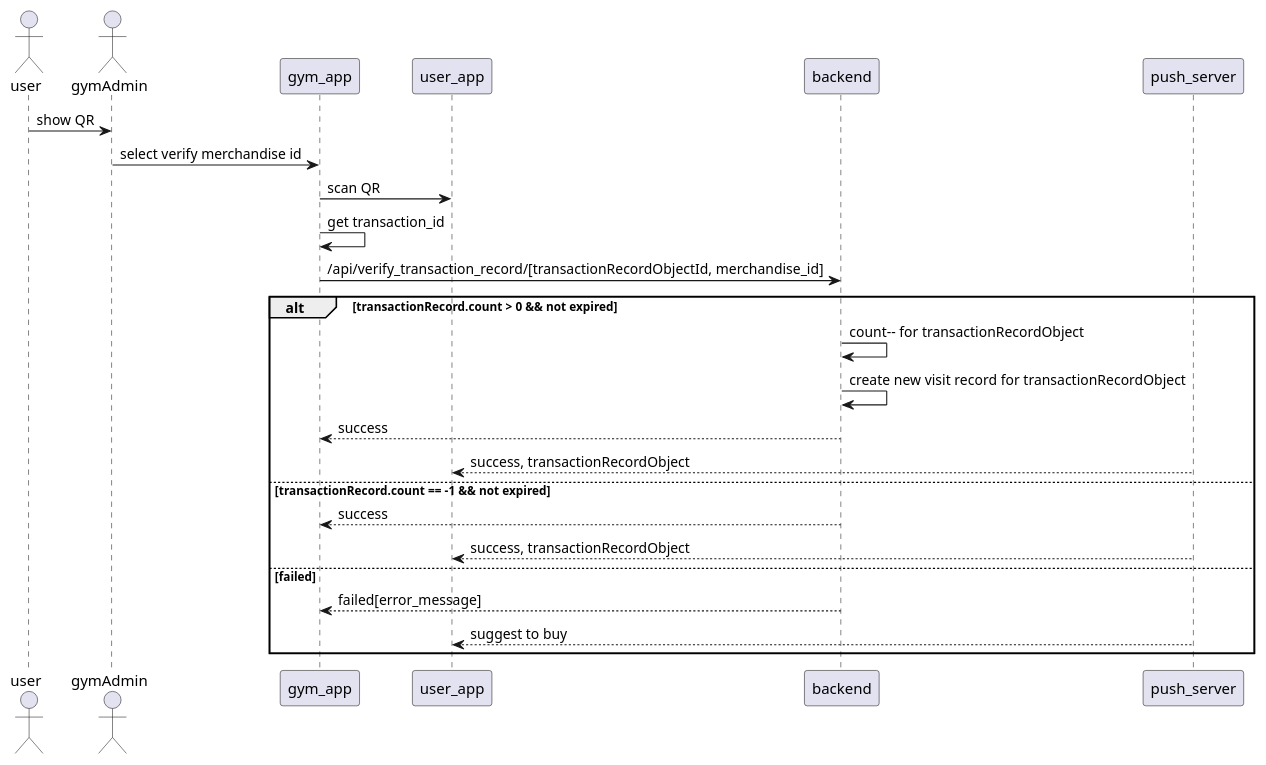
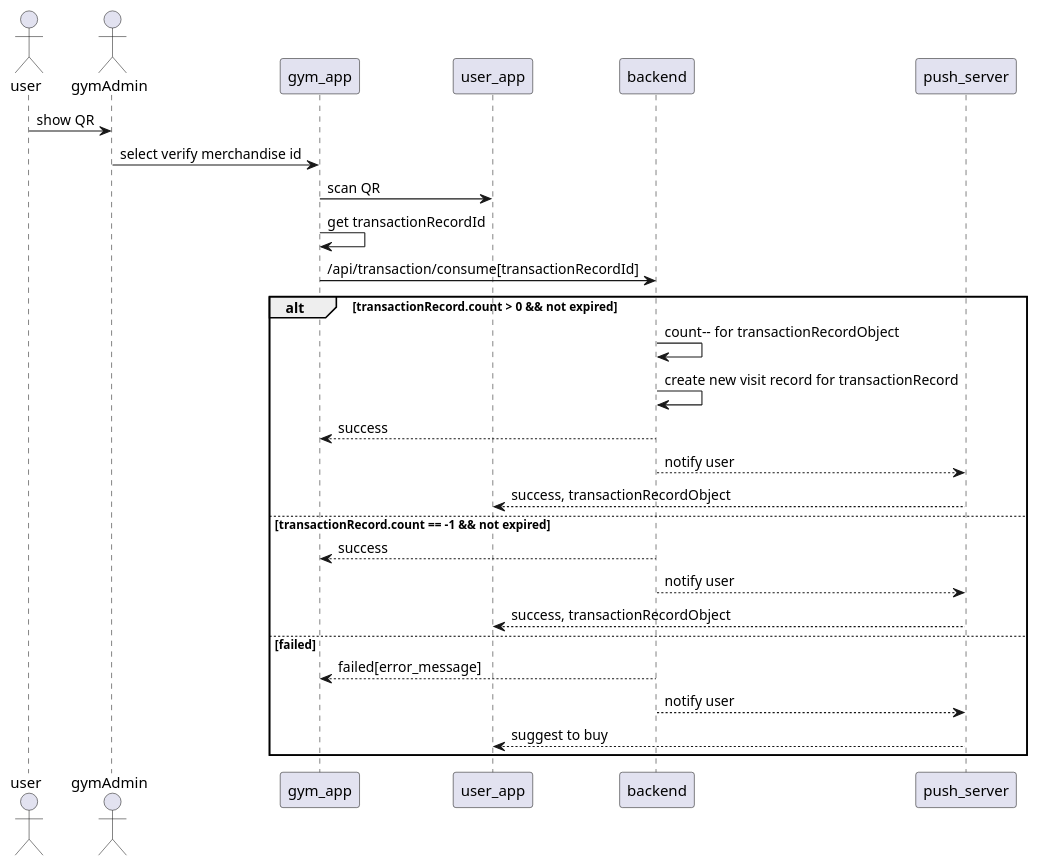
One commit to zi-yang-zhang/tnt-backend changed the diagram in verifyQR.puml. Above: the diagram before and after it, drawn with PlantUML. The commit also changed 5 other files, not shown here.

```diff
--- a/verifyQR.puml
+++ b/verifyQR.puml
@@ -1,21 +1,24 @@
 @startuml
 actor user
 actor gymAdmin
 user -> gymAdmin: show QR
 gymAdmin -> gym_app :select verify merchandise id
 gym_app-> user_app: scan QR
-gym_app -> gym_app: get transaction_id
-gym_app -> backend: /api/verify_transaction_record/[transactionRecordObjectId, merchandise_id]
+gym_app -> gym_app: get transactionRecordId
+gym_app -> backend: /api/transaction/consume[transactionRecordId]
 alt transactionRecord.count > 0 && not expired
 backend -> backend: count-- for transactionRecordObject
-backend -> backend: create new visit record for transactionRecordObject
+backend -> backend: create new visit record for transactionRecord
 backend --> gym_app: success
+backend-->push_server: notify user
 push_server --> user_app: success, transactionRecordObject
 else transactionRecord.count == -1 && not expired
 backend --> gym_app: success
+backend-->push_server: notify user
 push_server --> user_app: success, transactionRecordObject
 else failed
 backend --> gym_app: failed[error_message]
+backend-->push_server: notify user
 push_server --> user_app: suggest to buy
 end
 @enduml
```
